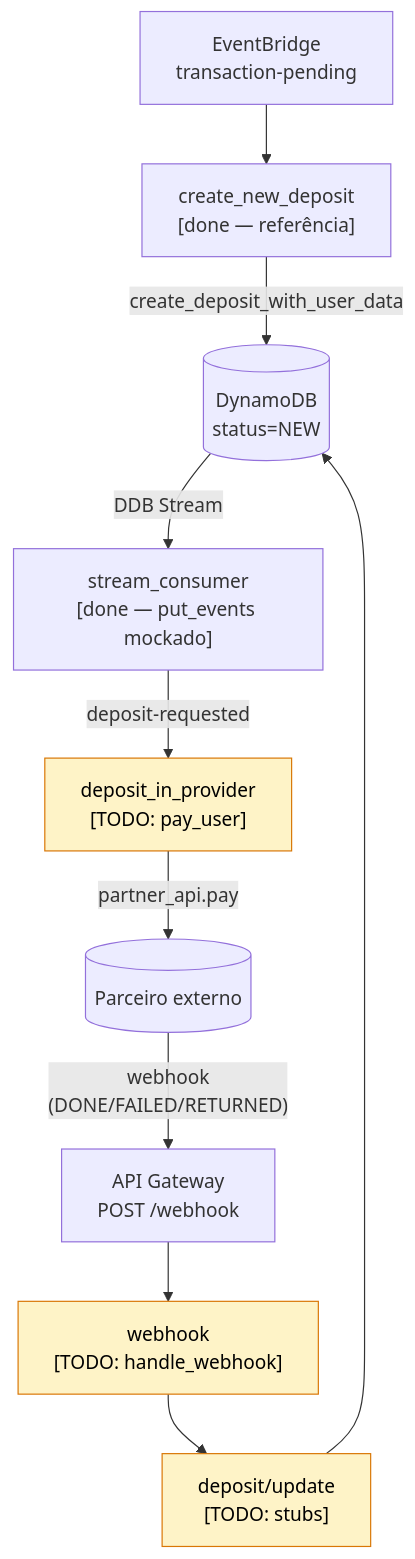
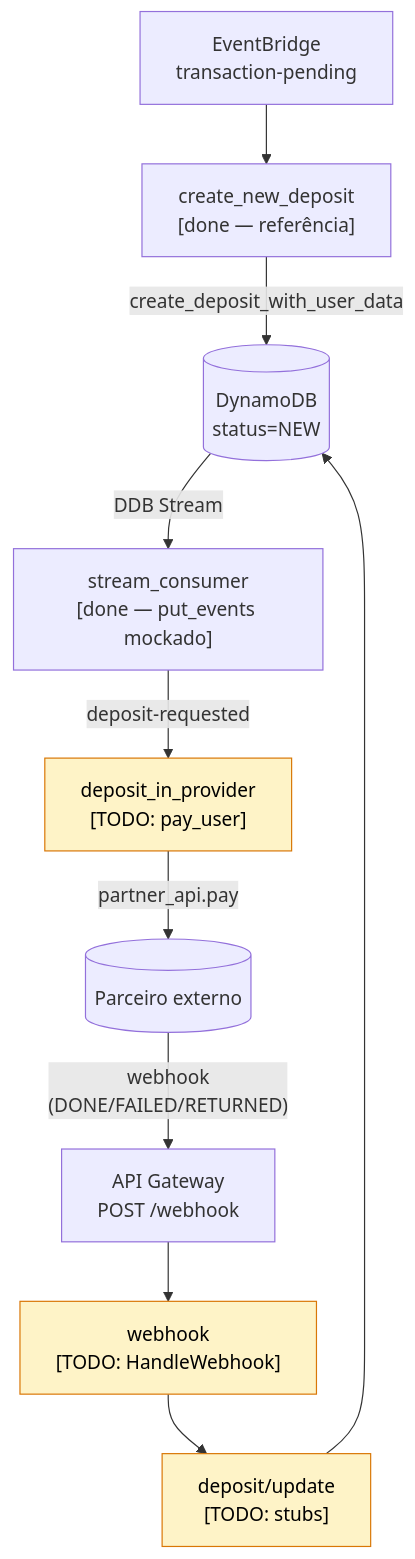
The diagram in DESAFIO.md (FacioCode/interview-mock-deposits), drawn with Mermaid before and after one commit. The commit also changed other lines of this file and 1 other file, not shown here.

````diff
--- a/DESAFIO.md
+++ b/DESAFIO.md
@@ -40,15 +42,15 @@
 ```mermaid
 flowchart TD
     src["EventBridge<br/>transaction-pending"] --> cnd["create_new_deposit<br/>[done — referência]"]
     cnd -->|"create_deposit_with_user_data"| ddb[("DynamoDB<br/>status=NEW")]
     ddb -->|"DDB Stream"| sc["stream_consumer<br/>[done — put_events mockado]"]
     sc -->|"deposit-requested"| dip["deposit_in_provider<br/>[TODO: pay_user]"]
     dip -->|"partner_api.pay"| ext[(Parceiro externo)]
     ext -->|"webhook<br/>(DONE/FAILED/RETURNED)"| apigw["API Gateway<br/>POST /webhook"]
-    apigw --> wh["webhook<br/>[TODO: handle_webhook]"]
+    apigw --> wh["webhook<br/>[TODO: HandleWebhook]"]
     wh --> upd["deposit/update<br/>[TODO: stubs]"]
     upd --> ddb
 
     classDef todo fill:#fef3c7,stroke:#d97706,color:#000
     class dip,wh,upd todo
 ```
````
